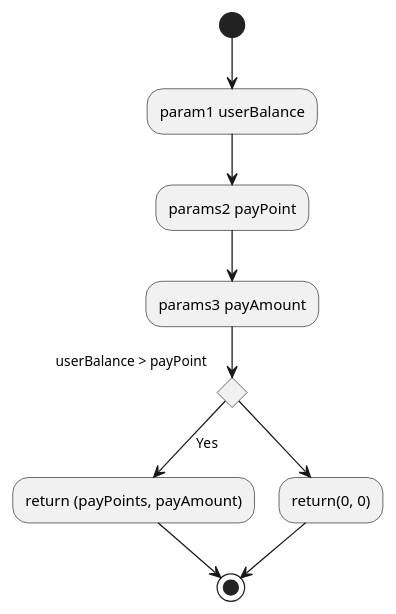
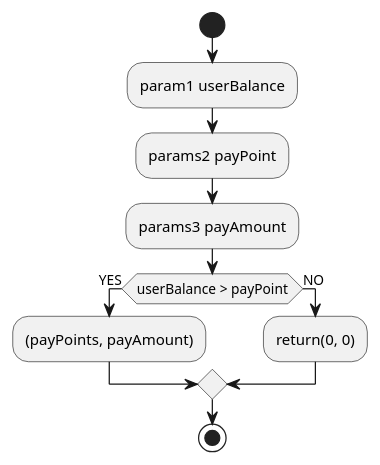
Before and after one commit to hezhengjian/liuchengtu: the diagram in point/whole.puml, drawn with PlantUML. The commit also changed 5 other files, not shown here.

```diff
--- a/point/whole.puml
+++ b/point/whole.puml
@@ -1,11 +1,12 @@
-@startuml
-(*)-->param1 userBalance
--->params2 payPoint
--->params3 payAmount
-if userBalance > payPoint then
---> [Yes] return (payPoints, payAmount)
---> (*)
-else
---> return(0, 0)
---> (*)
+@startuml whole
+start
+:param1 userBalance;
+:params2 payPoint;
+:params3 payAmount;
+if (userBalance > payPoint) then (YES)
+  :(payPoints, payAmount);
+else (NO)
+  :return(0, 0);
+endif
+stop
 @enduml
```
